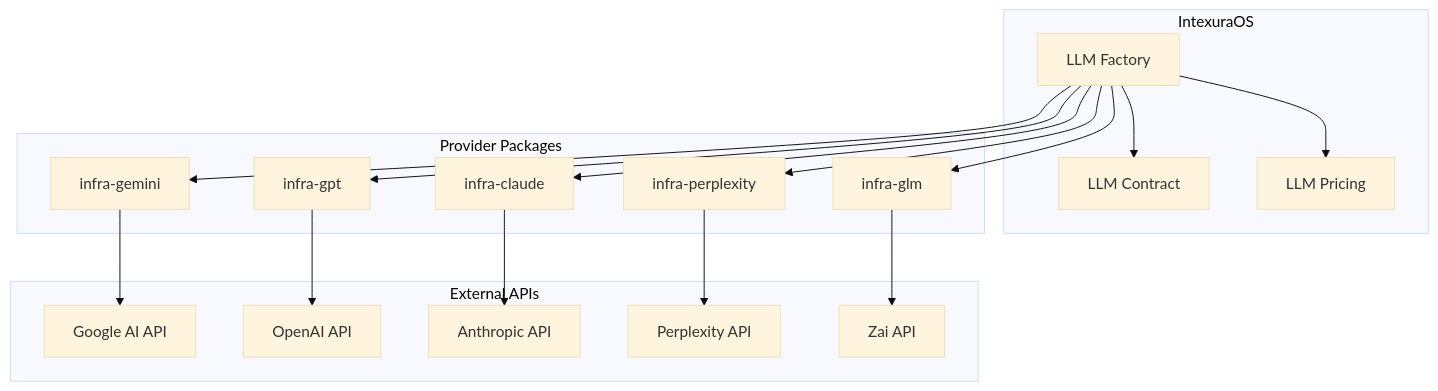
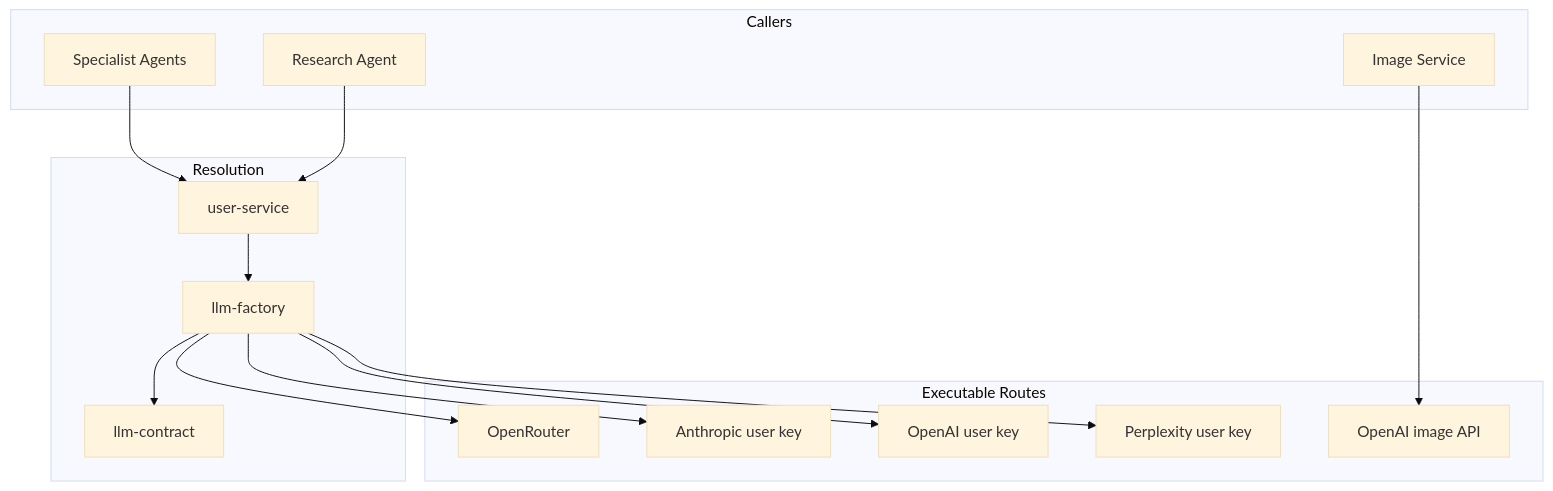
The first of 2 diagrams in docs/architecture/ai-architecture.md (pbuchman/intexuraos), drawn with Mermaid (base theme) before and after one commit. The commit also changed other lines of this file and 267 other files, not shown here.

Commit message:
fix: route Google AI traffic through OpenRouter

````diff
--- a/docs/architecture/ai-architecture.md
+++ b/docs/architecture/ai-architecture.md
@@ -43,38 +18,32 @@
 ```mermaid
 graph TB
-    subgraph "IntexuraOS"
-        LF[LLM Factory]
-        LC[LLM Contract]
-        LP[LLM Pricing]
+    subgraph "Callers"
+        Agents[Specialist Agents]
+        Research[Research Agent]
+        Images[Image Service]
     end
 
-    subgraph "Provider Packages"
-        IG[infra-gemini]
-        IO[infra-gpt]
-        IC[infra-claude]
-        IP[infra-perplexity]
-        IZ[infra-glm]
+    subgraph "Resolution"
+        UserService[user-service]
+        Factory[llm-factory]
+        Contract[llm-contract]
     end
 
-    subgraph "External APIs"
-        G[Google AI API]
-        O[OpenAI API]
-        A[Anthropic API]
-        P[Perplexity API]
-        Z[Zai API]
+    subgraph "Executable Routes"
+        OpenRouter[OpenRouter]
+        Anthropic[Anthropic user key]
+        OpenAI[OpenAI user key]
+        Perplexity[Perplexity user key]
+        OpenAIImage[OpenAI image API]
     end
 
-    LF --> LC
-    LF --> LP
-    LF --> IG
-    LF --> IO
-    LF --> IC
-    LF --> IP
-    LF --> IZ
-
-    IG --> G
-    IO --> O
-    IC --> A
-    IP --> P
-    IZ --> Z
+    Agents --> UserService
+    Research --> UserService
+    UserService --> Factory
+    Factory --> Contract
+    Factory --> OpenRouter
+    Factory --> Anthropic
+    Factory --> OpenAI
+    Factory --> Perplexity
+    Images --> OpenAIImage
 ```
````
